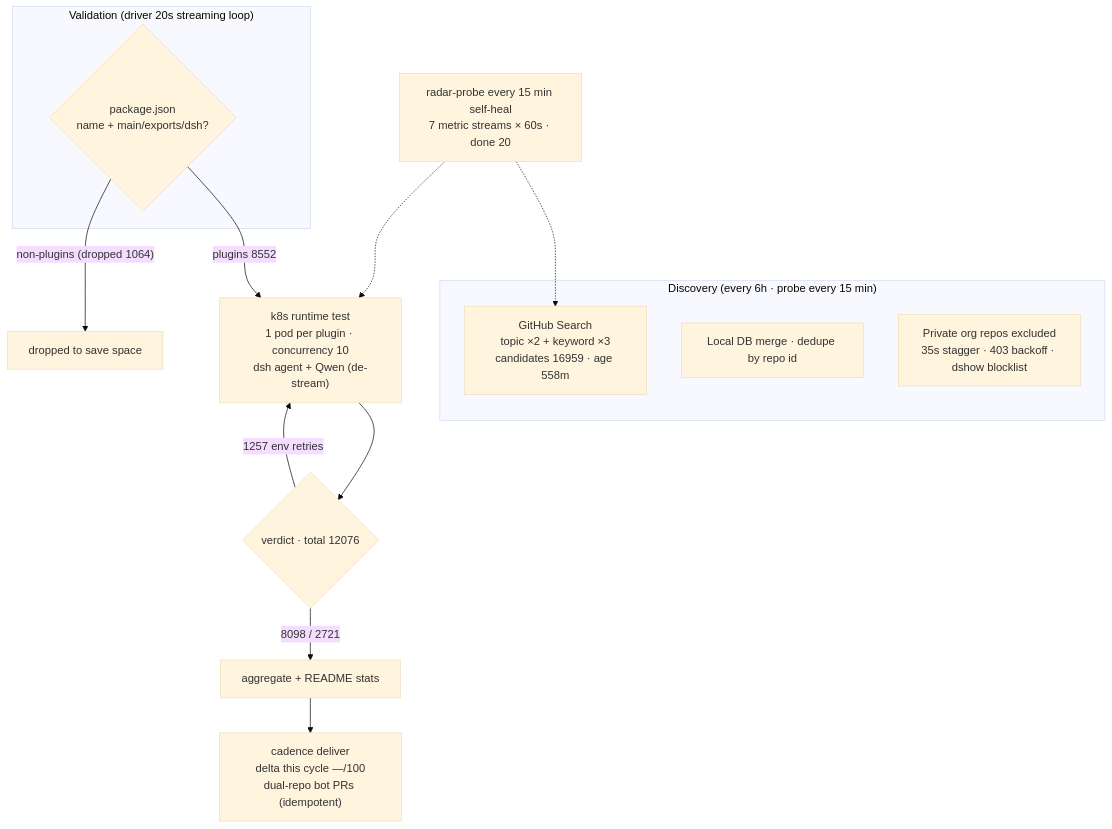
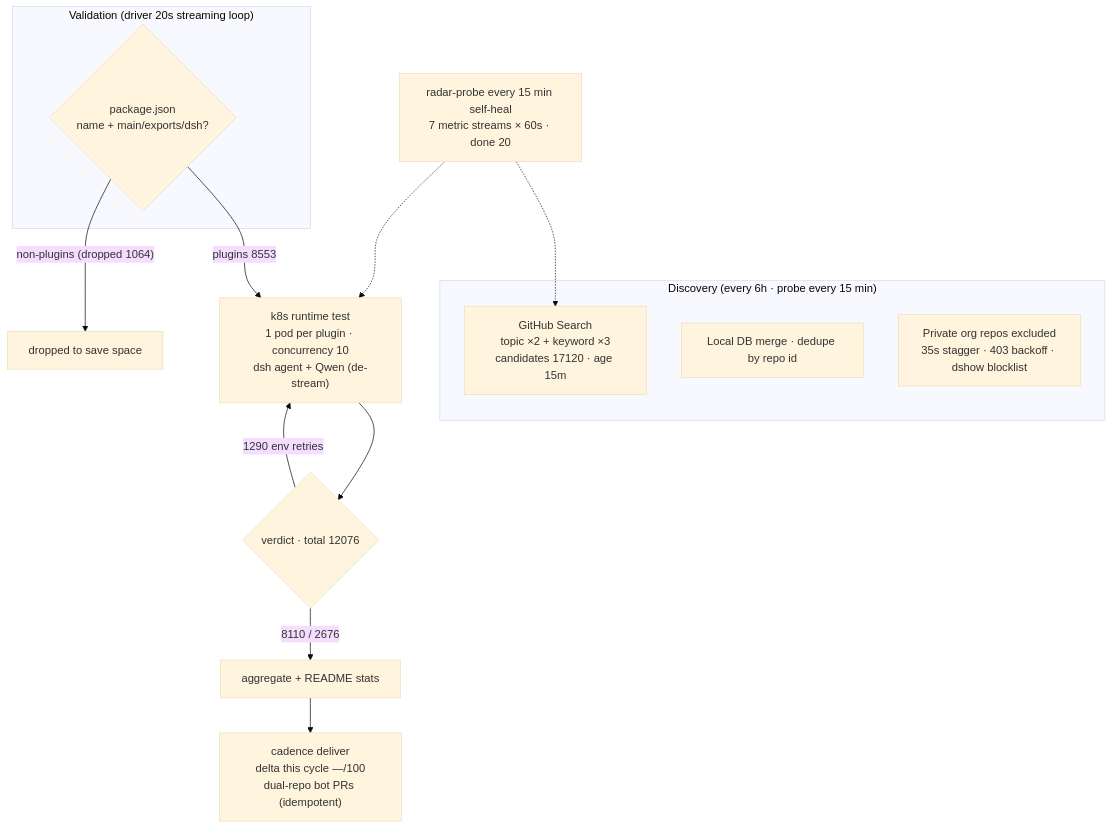
Before and after one commit to AdamPlatin123/awesome-dsh-plugins: the diagram in README.en-US.md, drawn with Mermaid (base theme). The commit also changed other lines of this file and 5 other files, not shown here.

````diff
--- a/README.en-US.md
+++ b/README.en-US.md
@@ -45,20 +45,20 @@
 ```mermaid
 flowchart TB
     subgraph Discovery["Discovery (every 6h · probe every 15 min)"]
-        A1["GitHub Search<br/>topic ×2 + keyword ×3<br/>candidates 16959 · age 558m"]
+        A1["GitHub Search<br/>topic ×2 + keyword ×3<br/>candidates 17120 · age 15m"]
         A2["Local DB merge · dedupe by repo id"]
         A3["Private org repos excluded<br/>35s stagger · 403 backoff · dshow blocklist"]
     end
     subgraph Validation["Validation (driver 20s streaming loop)"]
         B1{"package.json<br/>name + main/exports/dsh?"}
     end
-    B1 -->|"plugins 8552"| C1["k8s runtime test<br/>1 pod per plugin · concurrency 10<br/>dsh agent + Qwen (de-stream)"]
+    B1 -->|"plugins 8553"| C1["k8s runtime test<br/>1 pod per plugin · concurrency 10<br/>dsh agent + Qwen (de-stream)"]
     B1 -->|"non-plugins (dropped 1064)"| B3["dropped to save space"]
     C1 --> D1{"verdict · total 12076"}
-    D1 -->|"8098 / 2721"| E1["aggregate + README stats"]
-    D1 -->|"1257 env retries"| C1
+    D1 -->|"8110 / 2676"| E1["aggregate + README stats"]
+    D1 -->|"1290 env retries"| C1
     E1 --> E2["cadence deliver<br/>delta this cycle —/100<br/>dual-repo bot PRs (idempotent)"]
     M["radar-probe every 15 min self-heal<br/>7 metric streams × 60s · done 20"]
     M -.-> A1
     M -.-> C1
 ```
````
